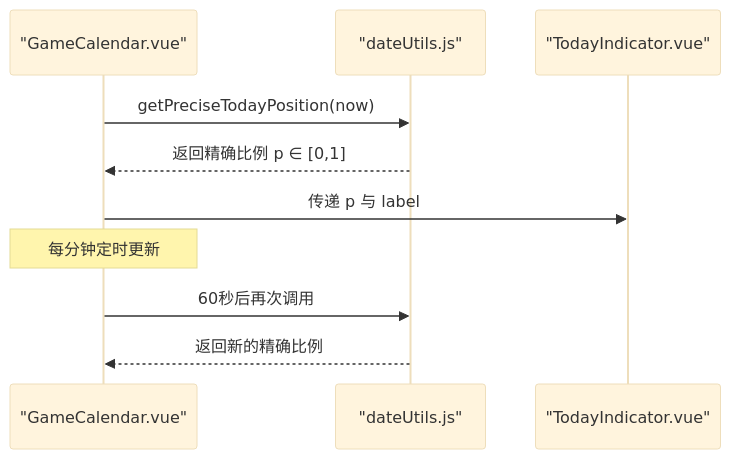
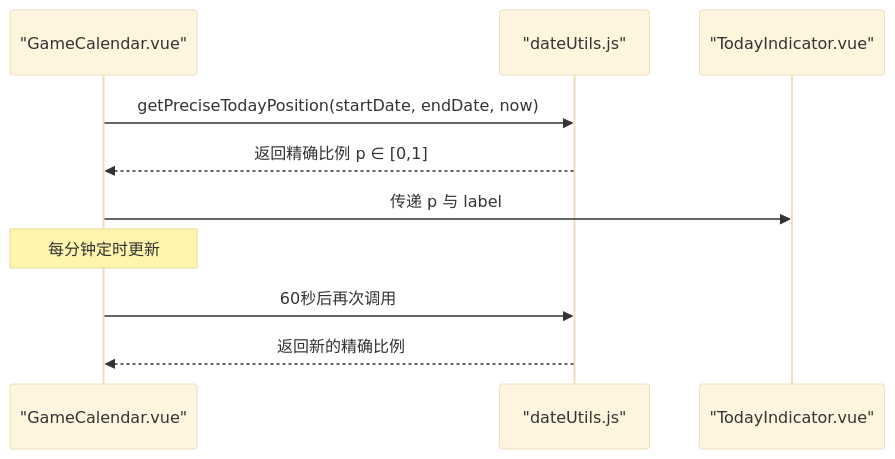
Before and after one commit to xuanyulingnfeg/gameCalendar: the fourth of 7 diagrams in .qoder/repowiki/zh/content/工具函数.md, drawn with Mermaid (base theme). The commit also changed other lines of this file and 5 other files, not shown here.

````diff
--- a/.qoder/repowiki/zh/content/工具函数.md
+++ b/.qoder/repowiki/zh/content/工具函数.md
@@ -244,12 +210,12 @@
 ```mermaid
 sequenceDiagram
 participant Calendar as "GameCalendar.vue"
 participant Utils as "dateUtils.js"
 participant Indicator as "TodayIndicator.vue"
-Calendar->>Utils : getPreciseTodayPosition(now)
+Calendar->>Utils : getPreciseTodayPosition(startDate, endDate, now)
 Utils-->>Calendar : 返回精确比例 p ∈ [0,1]
 Calendar->>Indicator : 传递 p 与 label
 Note over Calendar : 每分钟定时更新
 Calendar->>Utils : 60秒后再次调用
 Utils-->>Calendar : 返回新的精确比例
 ```
````
